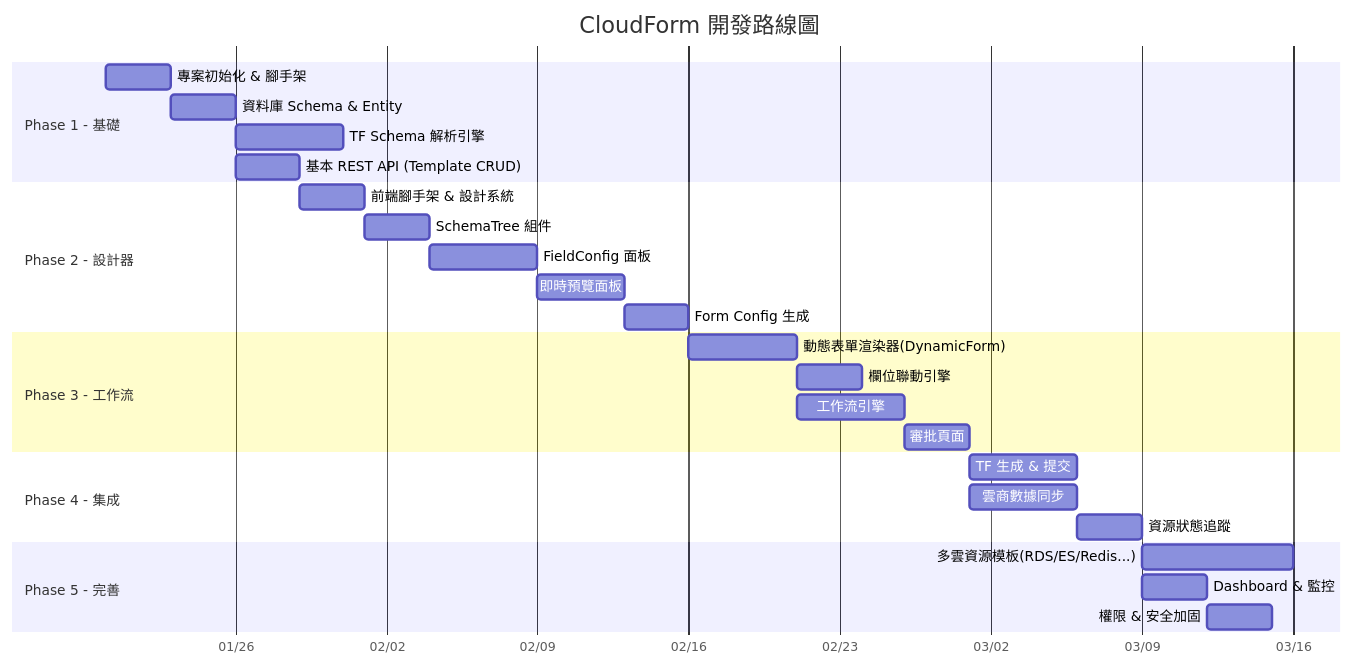
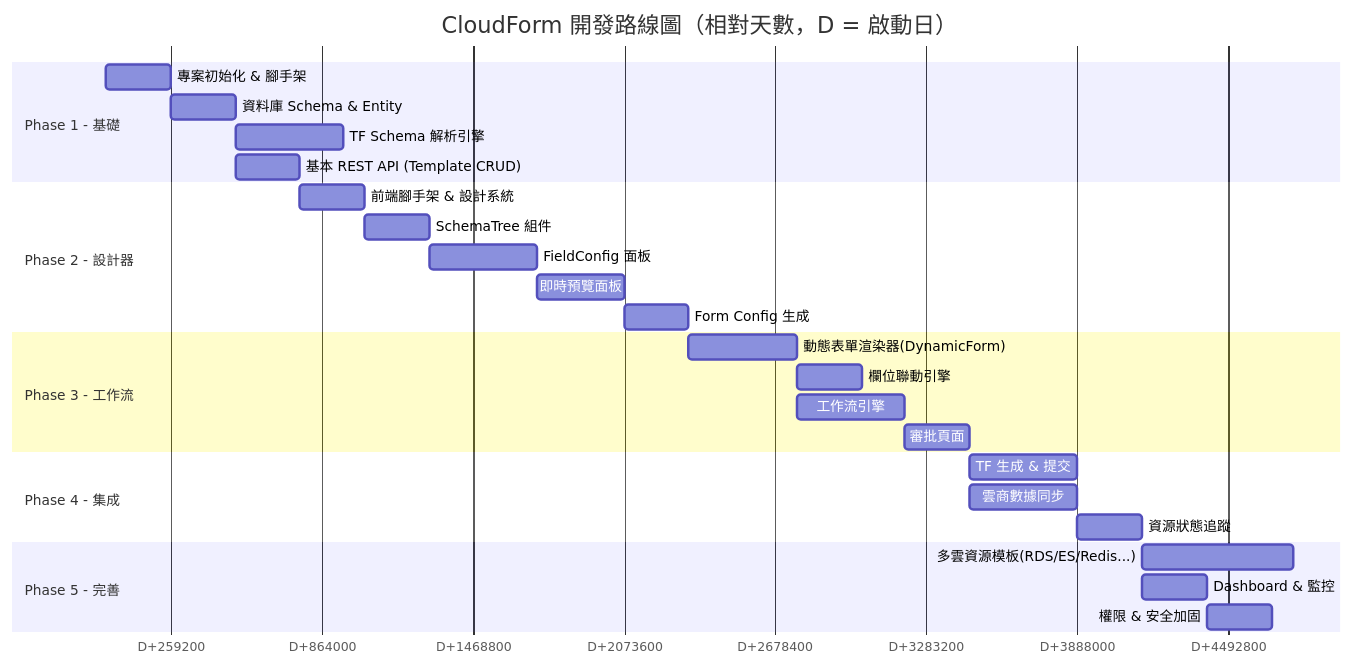
Before and after one commit to fallrising/ai-native-workflow-form: the diagram in docs/06-roadmap.md, drawn with Mermaid. The commit also changed 75 other files, not shown here.

````diff
--- a/docs/06-roadmap.md
+++ b/docs/06-roadmap.md
@@ -5,35 +5,35 @@
 ```mermaid
 gantt
-    title CloudForm 開發路線圖
-    dateFormat  YYYY-MM-DD
-    axisFormat  %m/%d
+    title CloudForm 開發路線圖（相對天數，D = 啟動日）
+    dateFormat  X
+    axisFormat  D+%s
 
     section Phase 1 - 基礎
-    專案初始化 & 腳手架           :p1a, 2025-01-20, 3d
+    專案初始化 & 腳手架           :p1a, 0, 3d
     資料庫 Schema & Entity       :p1b, after p1a, 3d
     TF Schema 解析引擎           :p1c, after p1b, 5d
     基本 REST API (Template CRUD):p1d, after p1b, 3d
 
     section Phase 2 - 設計器
     前端腳手架 & 設計系統         :p2a, after p1d, 3d
     SchemaTree 組件              :p2b, after p2a, 3d
     FieldConfig 面板             :p2c, after p2b, 5d
     即時預覽面板                 :p2d, after p2c, 4d
     Form Config 生成             :p2e, after p2d, 3d
 
     section Phase 3 - 工作流
     動態表單渲染器(DynamicForm)   :p3a, after p2e, 5d
     欄位聯動引擎                 :p3b, after p3a, 3d
     工作流引擎                   :p3c, after p3a, 5d
     審批頁面                     :p3d, after p3c, 3d
 
     section Phase 4 - 集成
     TF 生成 & 提交               :p4a, after p3d, 5d
     雲商數據同步                 :p4b, after p3d, 5d
     資源狀態追蹤                 :p4c, after p4a, 3d
 
     section Phase 5 - 完善
     多雲資源模板(RDS/ES/Redis...)  :p5a, after p4c, 7d
     Dashboard & 監控             :p5b, after p4c, 3d
     權限 & 安全加固              :p5c, after p5b, 3d
 ```
````
